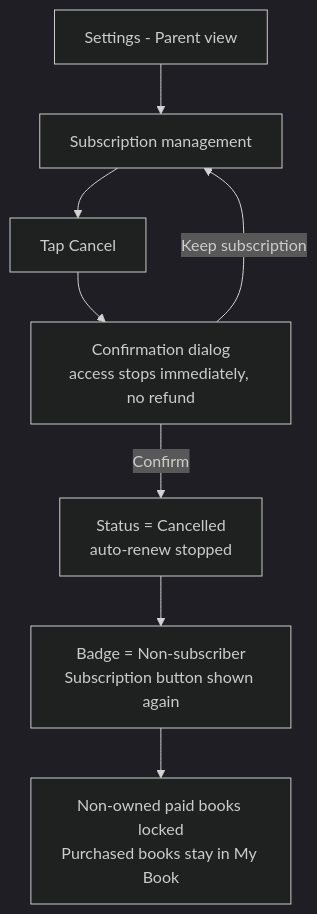
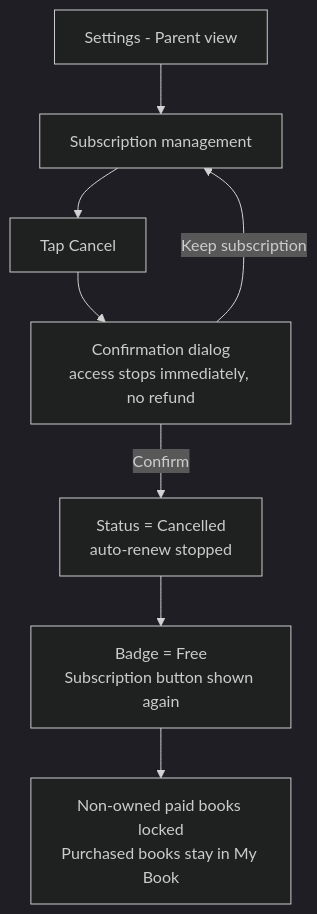
The third of 8 diagrams in docs/PRD_storybook-lib-app.md (carolineealdora/fe_storybook_library_app), drawn with Mermaid (dark theme) before and after one commit. The commit also changed other lines of this file, not shown here.

First line of the commit message:
docs: sync PRD with the backends (as-built architecture, AI usage log)

````diff
--- a/docs/PRD_storybook-lib-app.md
+++ b/docs/PRD_storybook-lib-app.md
@@ -390,10 +391,10 @@
 ```mermaid
 flowchart TD
     A[Settings - Parent view] --> B[Subscription management]
     B --> C[Tap Cancel]
     C --> D[Confirmation dialog<br/>access stops immediately, no refund]
     D -->|Keep subscription| B
     D -->|Confirm| E[Status = Cancelled<br/>auto-renew stopped]
-    E --> F[Badge = Non-subscriber<br/>Subscription button shown again]
+    E --> F[Badge = Free<br/>Subscription button shown again]
     F --> G[Non-owned paid books locked<br/>Purchased books stay in My Book]
 ```
````
